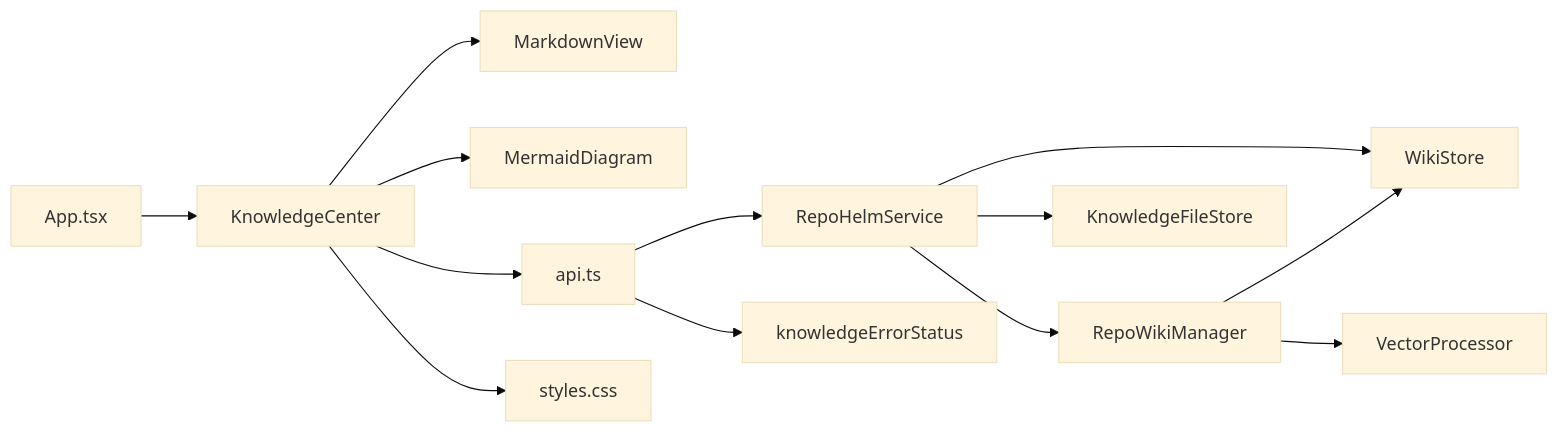
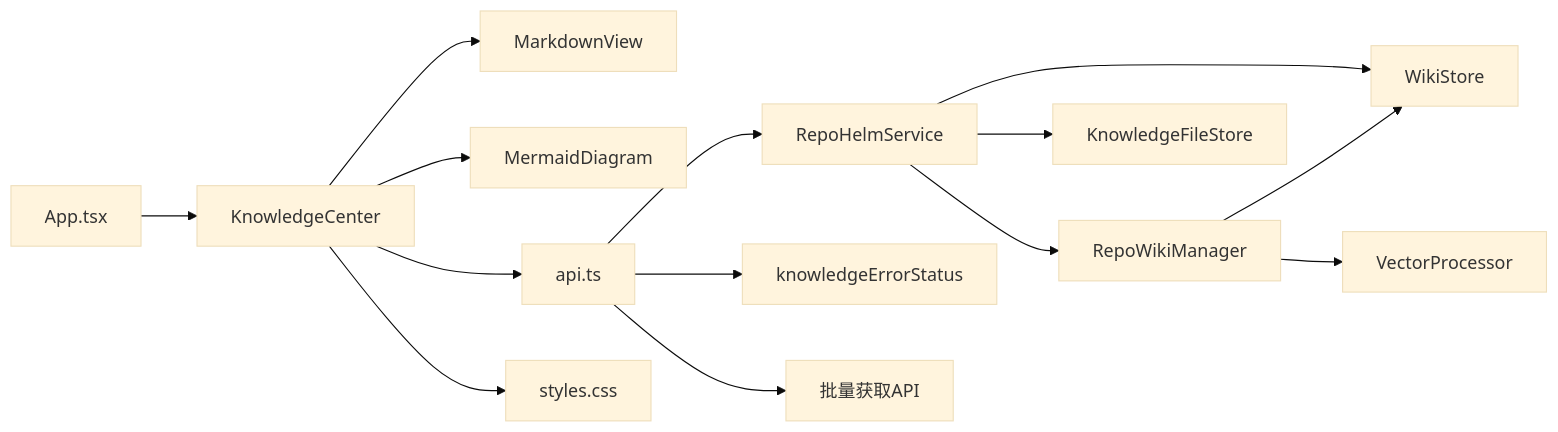
The eighth of 8 diagrams in .qoder/repowiki/zh/content/知识库系统.md (coconilu/RepoHelm), drawn with Mermaid (base theme) before and after one commit. The commit also changed other lines of this file and 16 other files, not shown here.

````diff
--- a/.qoder/repowiki/zh/content/知识库系统.md
+++ b/.qoder/repowiki/zh/content/知识库系统.md
@@ -627,15 +659,16 @@
 ```mermaid
 graph LR
 KC["KnowledgeCenter"] --> MV["MarkdownView"]
 KC --> MD["MermaidDiagram"]
 KC --> API["api.ts"]
 KC --> CSS["styles.css"]
 APP["App.tsx"] --> KC
 Service["RepoHelmService"] --> RW["RepoWikiManager"]
 Service --> WS["WikiStore"]
 Service --> KF["KnowledgeFileStore"]
 RW --> WS
 RW --> VP["VectorProcessor"]
 API --> Service
 API --> ErrorHandler["knowledgeErrorStatus"]
+API --> BatchAPI["批量获取API"]
 ```
````
